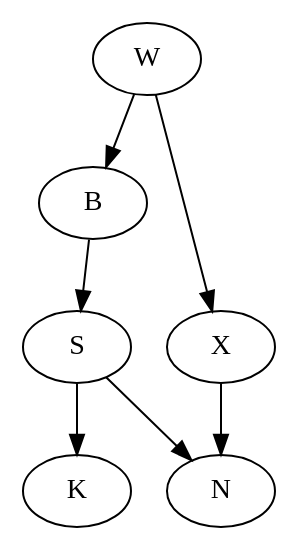
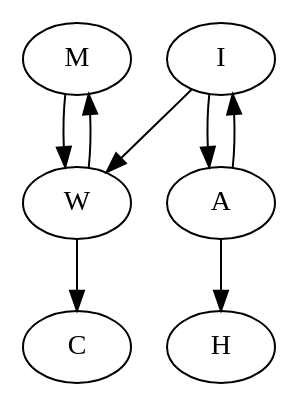
One commit to iam-aishwaryajoy/Code-Today changed the diagram in Graph/results/Digraph.gv. Above: the diagram before and after it, drawn with Graphviz. The commit also changed 11 other files, not shown here.

```diff
--- a/Graph/results/Digraph.gv
+++ b/Graph/results/Digraph.gv
@@ -1,14 +1,15 @@
 digraph {
-	N
-	B
-	X
+	M
+	I
 	W
-	S
-	K
-	B -> S
-	X -> N
-	W -> B
-	W -> X
-	S -> N
-	S -> K
+	A
+	H
+	C
+	M -> W
+	I -> W
+	I -> A
+	W -> M
+	W -> C
+	A -> I
+	A -> H
 }
```
